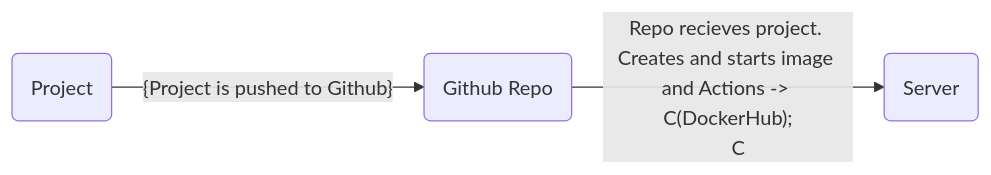
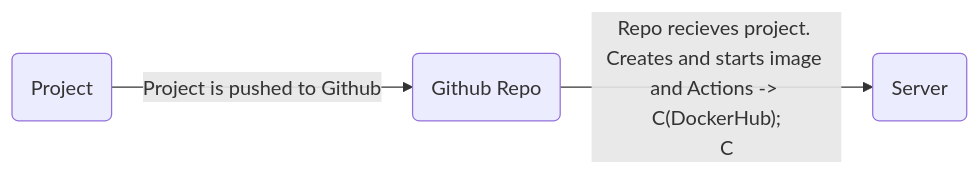
Before and after one commit to WSU-kduncan/cicd-3120-davidkajuna7: the diagram in README.md, drawn with Mermaid.

````diff
--- a/README.md
+++ b/README.md
@@ -52,6 +52,6 @@
 ```mermaid
   flowchart LR;
-      A(Project) -- {Project is pushed to Github} --> B(Github Repo);
+      A(Project) -- Project is pushed to Github --> B(Github Repo);
       B -- Repo recieves project. Creates and starts image and Actions -> C(DockerHub);
       C --> D(Server);
 ```
````
